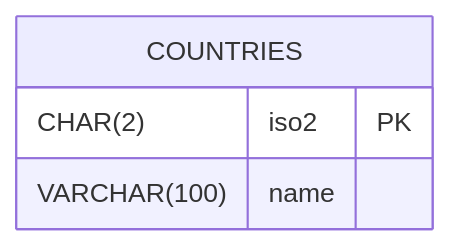
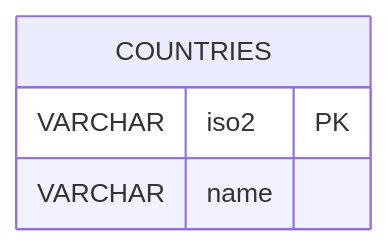
The diagram in README.md (blackcatdatabase/table-countries), drawn with Mermaid before and after one commit. The commit also changed other lines of this file, not shown here.

Commit message:
chore(schema): add/update generated schema + README (umbrella sync)

````diff
--- a/README.md
+++ b/README.md
@@ -43,7 +43,7 @@
 ```mermaid
 erDiagram
   COUNTRIES {
-    CHAR(2) iso2 PK
-    VARCHAR(100) name
+    VARCHAR iso2 PK
+    VARCHAR name
   }
 ```
````
